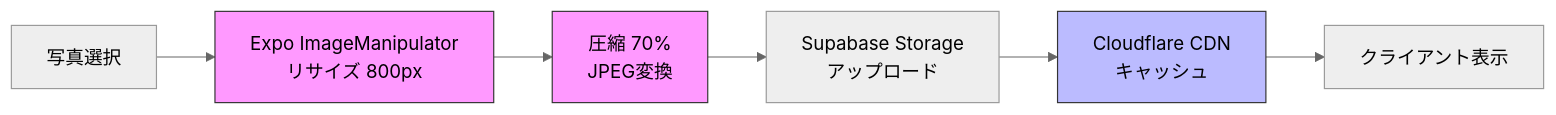
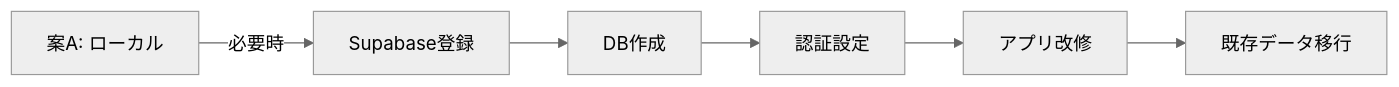
The fifth of 6 diagrams in docs/SYSTEM_ARCHITECTURE.md (Tetsuya4869/catDailyNoteApp), drawn with Mermaid (neutral theme) before and after one commit. The commit also changed other lines of this file, not shown here.

First line of the commit message:
Simplify system architecture for small-scale free operation

````diff
--- a/docs/SYSTEM_ARCHITECTURE.md
+++ b/docs/SYSTEM_ARCHITECTURE.md
@@ -462,12 +170,8 @@
 ```mermaid
 flowchart LR
-    A[写真選択] --> B[Expo ImageManipulator<br/>リサイズ 800px]
-    B --> C[圧縮 70%<br/>JPEG変換]
-    C --> D[Supabase Storage<br/>アップロード]
-    D --> E[Cloudflare CDN<br/>キャッシュ]
-    E --> F[クライアント表示]
-    
-    style B fill:#f9f,stroke:#333
-    style C fill:#f9f,stroke:#333
-    style E fill:#bbf,stroke:#333
+    A[案A: ローカル] -->|必要時| B[Supabase登録]
+    B --> C[DB作成]
+    C --> D[認証設定]
+    D --> E[アプリ改修]
+    E --> F[既存データ移行]
 ```
````
